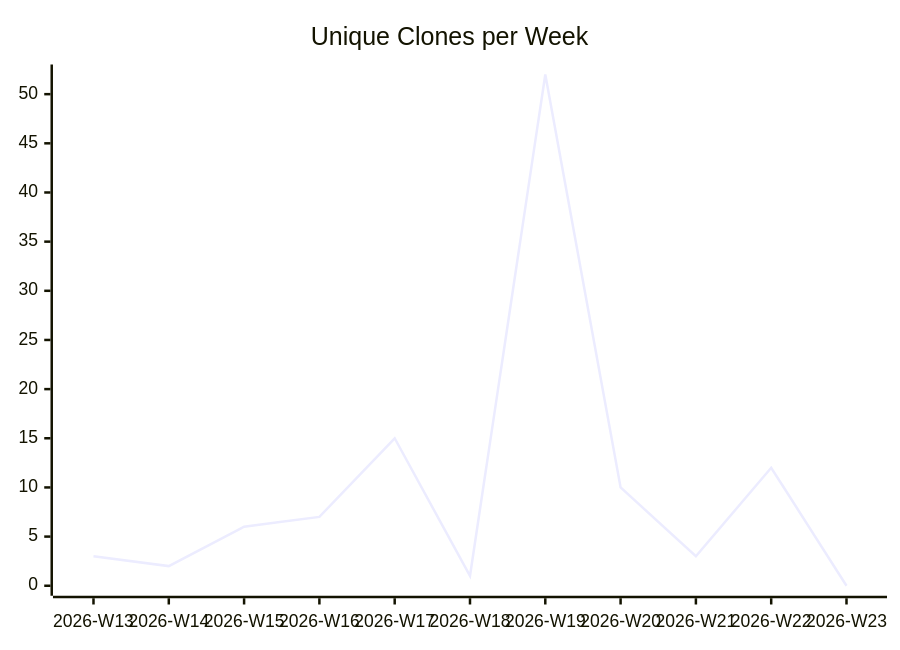
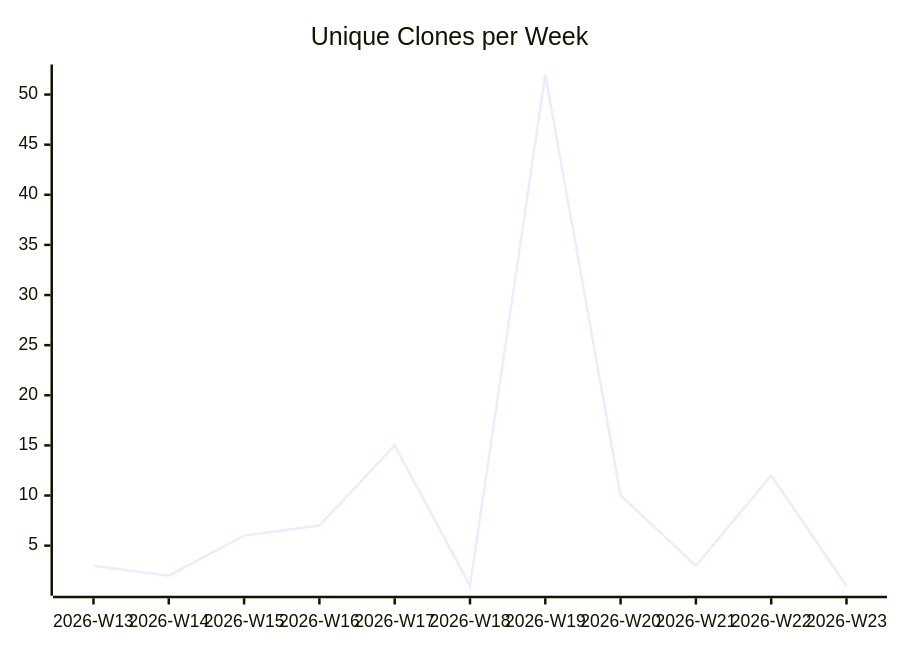
One commit to justdavis-family/github-analytics-data changed the third of 3 diagrams in karlmdavis/justdavis-ansible/README.md. Above: the diagram before and after it, drawn with Mermaid. The commit also changed other lines of this file and 189 other files, not shown here.

````diff
--- a/karlmdavis/justdavis-ansible/README.md
+++ b/karlmdavis/justdavis-ansible/README.md
@@ -19,6 +19,6 @@
 ```mermaid
 xychart-beta
   title "Unique Clones per Week"
   x-axis ["2026-W13", "2026-W14", "2026-W15", "2026-W16", "2026-W17", "2026-W18", "2026-W19", "2026-W20", "2026-W21", "2026-W22", "2026-W23"]
-  line [3, 2, 6, 7, 15, 1, 52, 10, 3, 12, 0]
+  line [3, 2, 6, 7, 15, 1, 52, 10, 3, 12, 1]
 ```
````
